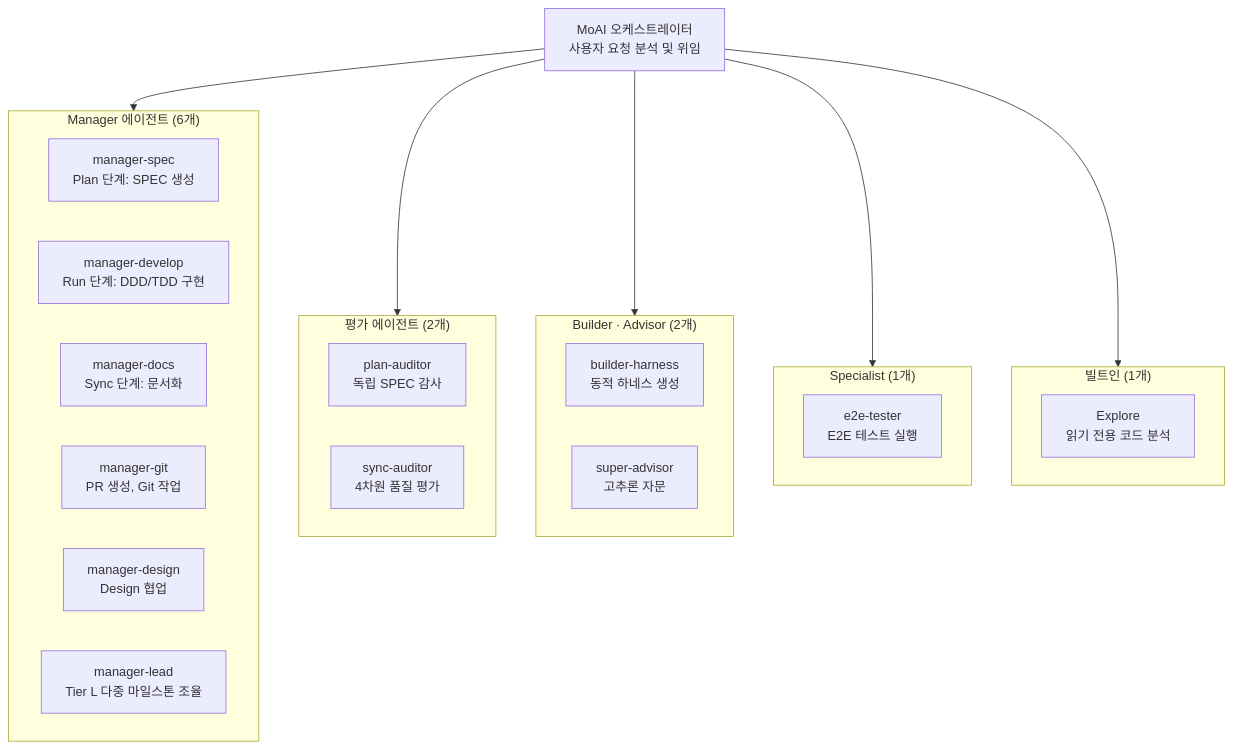
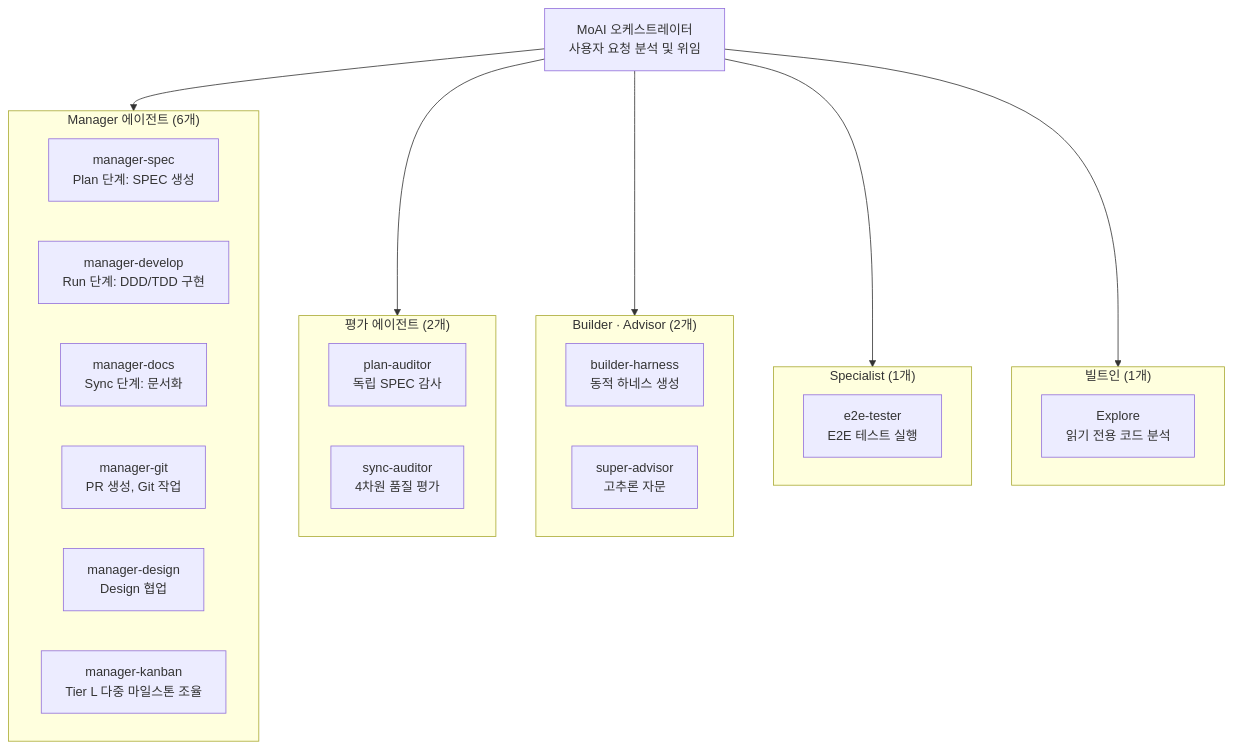
Before and after one commit to modu-ai/moai-adk: the second of 4 diagrams in docs-site/content/ko/core-concepts/what-is-moai-adk.md, drawn with Mermaid. The commit also changed other lines of this file and 69 other files, not shown here.

First line of the commit message:
feat(kanban): rename manager-lead to manager-kanban + add /moai todo backlog and dispatch protocol

````diff
--- a/docs-site/content/ko/core-concepts/what-is-moai-adk.md
+++ b/docs-site/content/ko/core-concepts/what-is-moai-adk.md
@@ -265,37 +265,37 @@
 ```mermaid
 flowchart TD
     MoAI["MoAI 오케스트레이터\n사용자 요청 분석 및 위임"]
 
     subgraph Managers["Manager 에이전트 (6개)"]
         M1["manager-spec\nPlan 단계: SPEC 생성"]
         M2["manager-develop\nRun 단계: DDD/TDD 구현"]
         M3["manager-docs\nSync 단계: 문서화"]
         M4["manager-git\nPR 생성, Git 작업"]
         M5["manager-design\nDesign 협업"]
-        M6["manager-lead\nTier L 다중 마일스톤 조율"]
+        M6["manager-kanban\nTier L 다중 마일스톤 조율"]
     end
 
     subgraph Evaluators["평가 에이전트 (2개)"]
         E1["plan-auditor\n독립 SPEC 감사"]
         E2["sync-auditor\n4차원 품질 평가"]
     end
 
     subgraph BuilderAdvisor["Builder · Advisor (2개)"]
         B1["builder-harness\n동적 하네스 생성"]
         B2["super-advisor\n고추론 자문"]
     end
 
     subgraph Specialist["Specialist (1개)"]
         S1["e2e-tester\nE2E 테스트 실행"]
     end
 
     subgraph Explore["빌트인 (1개)"]
         X1["Explore\n읽기 전용 코드 분석"]
     end
 
     MoAI --> Managers
     MoAI --> Evaluators
     MoAI --> BuilderAdvisor
     MoAI --> Specialist
     MoAI --> Explore
 ```
````
